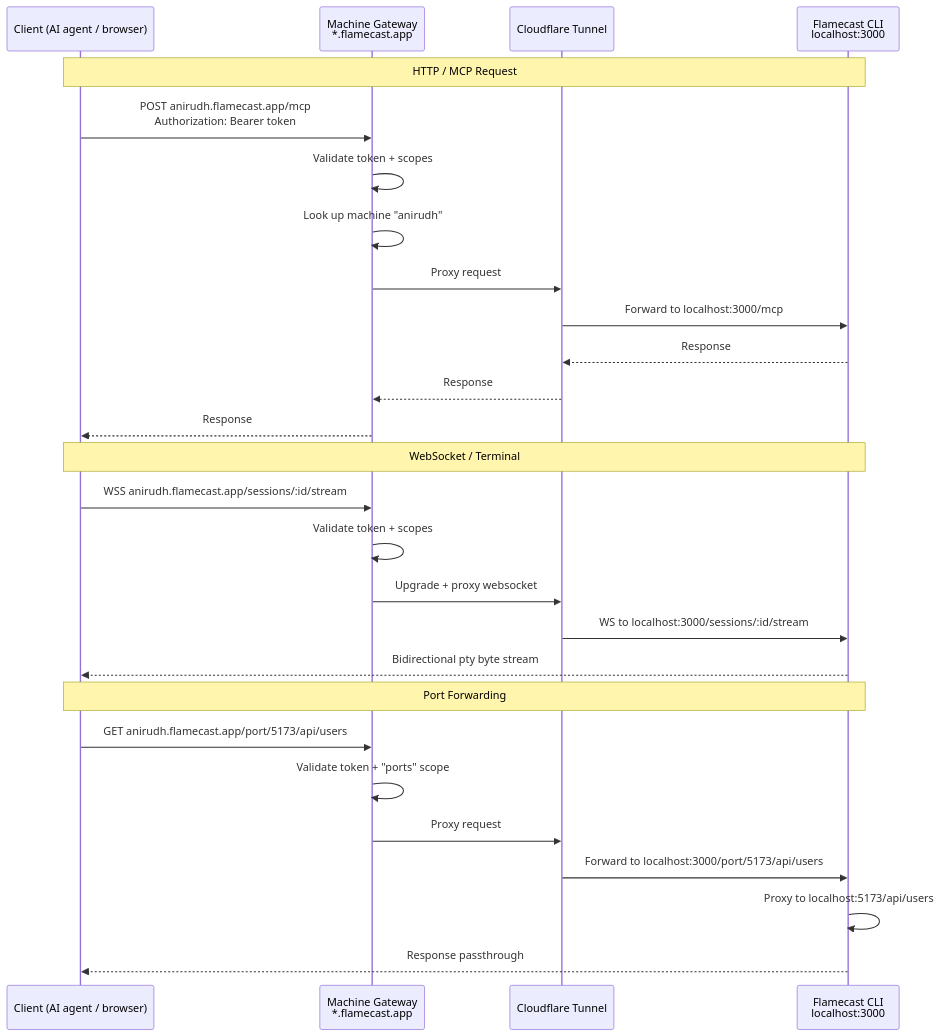
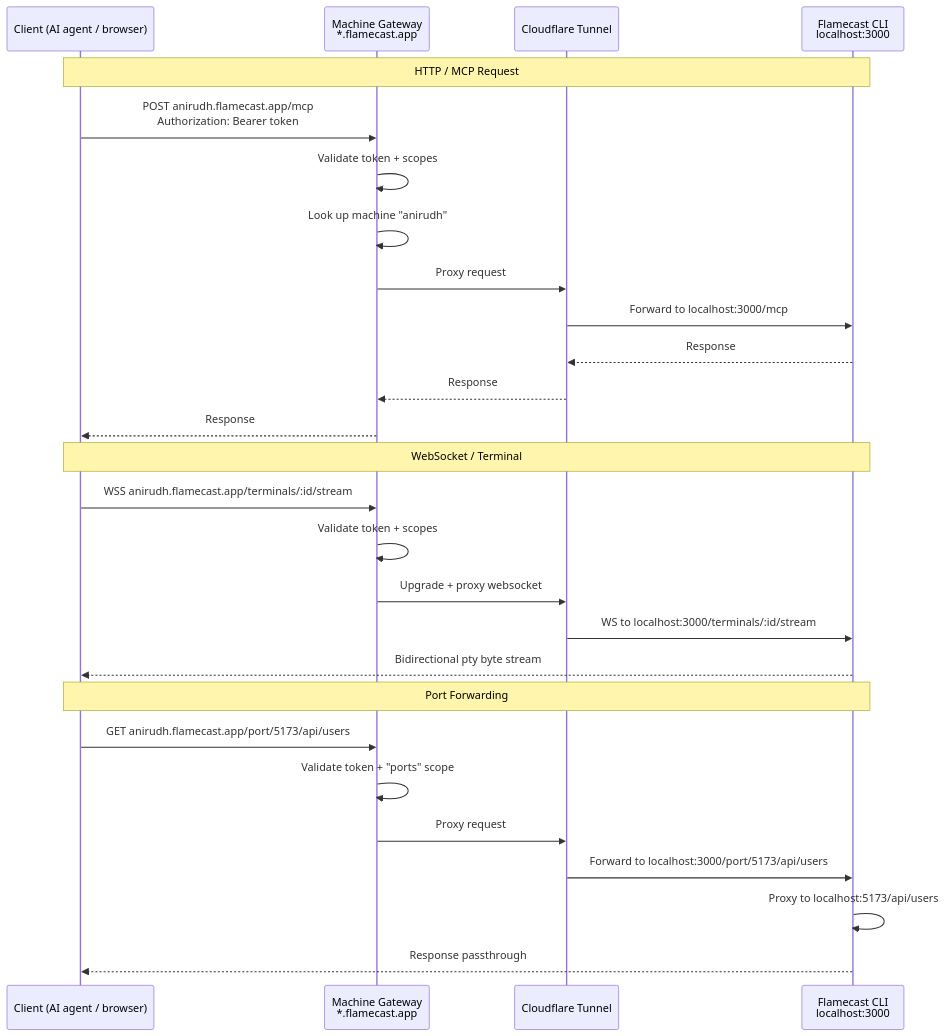
One commit to smithery-ai/flamecast changed the third of 4 diagrams in NEW_SPEC.md. Above: the diagram before and after it, drawn with Mermaid. The commit also changed other lines of this file and 3 other files, not shown here.

Commit message:
refactor: rename sessions api to terminals

````diff
--- a/NEW_SPEC.md
+++ b/NEW_SPEC.md
@@ -494,32 +494,32 @@
 ```mermaid
 sequenceDiagram
     participant Client as Client (AI agent / browser)
     participant GW as Machine Gateway<br/>*.flamecast.app
     participant CF as Cloudflare Tunnel
     participant FC as Flamecast CLI<br/>localhost:3000
 
     Note over Client,FC: HTTP / MCP Request
     Client->>GW: POST anirudh.flamecast.app/mcp<br/>Authorization: Bearer token
     GW->>GW: Validate token + scopes
     GW->>GW: Look up machine "anirudh"
     GW->>CF: Proxy request
     CF->>FC: Forward to localhost:3000/mcp
     FC-->>CF: Response
     CF-->>GW: Response
     GW-->>Client: Response
 
     Note over Client,FC: WebSocket / Terminal
-    Client->>GW: WSS anirudh.flamecast.app/sessions/:id/stream
+    Client->>GW: WSS anirudh.flamecast.app/terminals/:id/stream
     GW->>GW: Validate token + scopes
     GW->>CF: Upgrade + proxy websocket
-    CF->>FC: WS to localhost:3000/sessions/:id/stream
+    CF->>FC: WS to localhost:3000/terminals/:id/stream
     FC-->>Client: Bidirectional pty byte stream
 
     Note over Client,FC: Port Forwarding
     Client->>GW: GET anirudh.flamecast.app/port/5173/api/users
     GW->>GW: Validate token + "ports" scope
     GW->>CF: Proxy request
     CF->>FC: Forward to localhost:3000/port/5173/api/users
     FC->>FC: Proxy to localhost:5173/api/users
     FC-->>Client: Response passthrough
 ```
````
